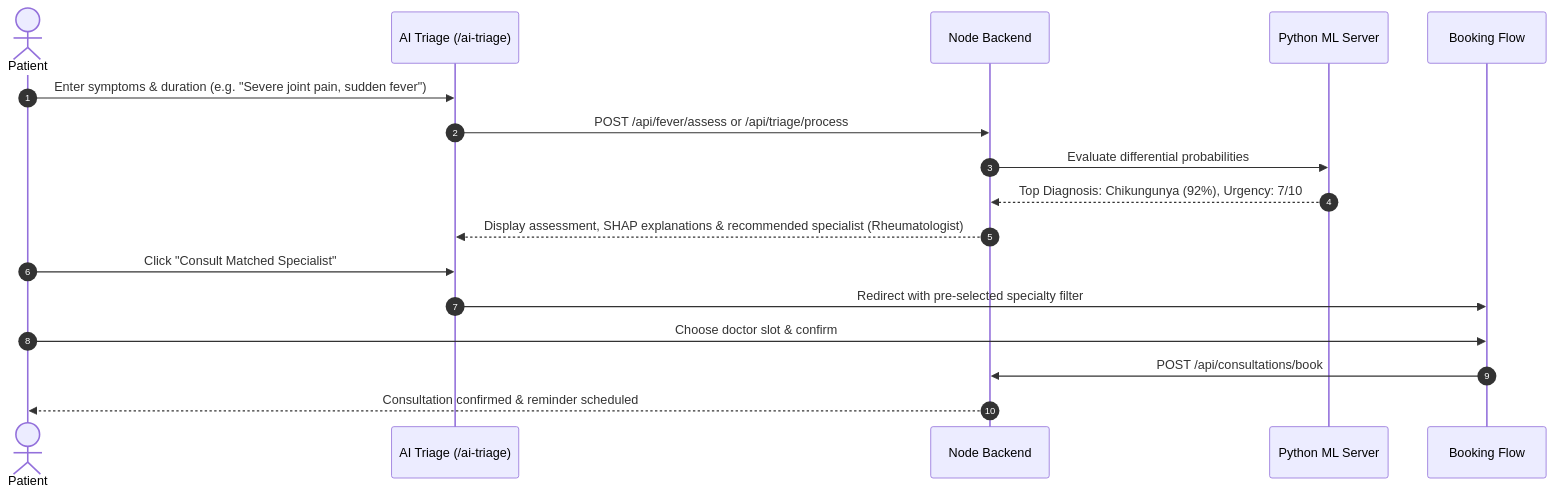
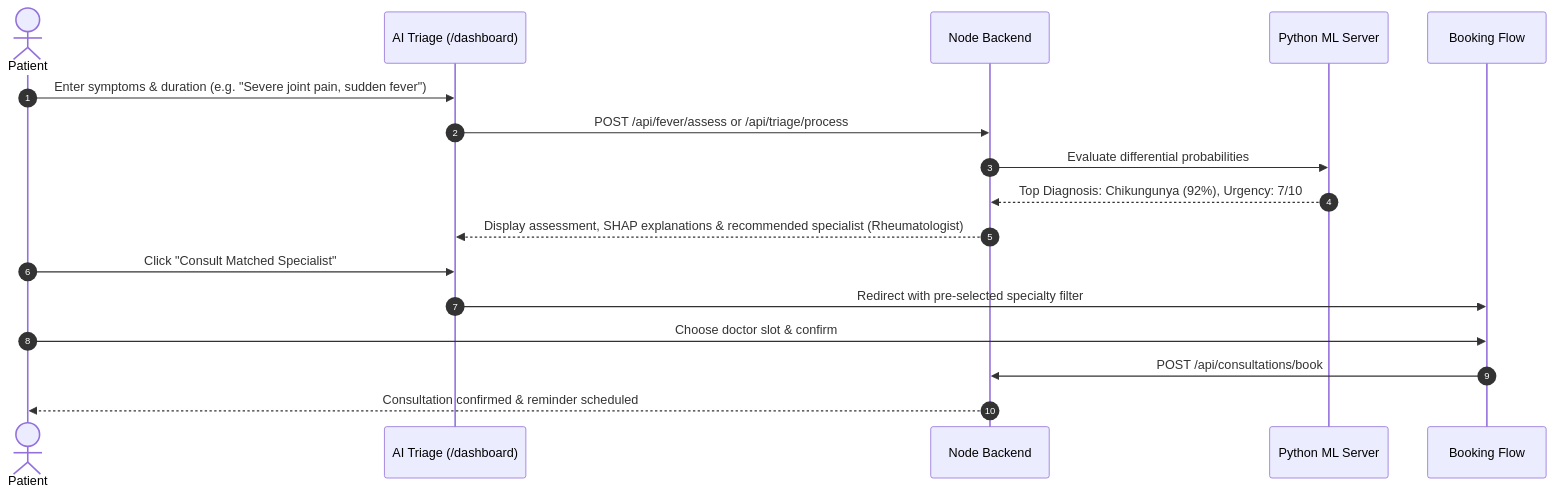
The sixth of 7 diagrams in project_context.md (aayush45123/E-sanjeevani-2.0), drawn with Mermaid before and after one commit. The commit also changed other lines of this file and 3 other files, not shown here.

````diff
--- a/project_context.md
+++ b/project_context.md
@@ -615,20 +625,20 @@
 ```mermaid
 sequenceDiagram
     autonumber
     actor Patient
-    participant TriageUI as AI Triage (/ai-triage)
+    participant TriageUI as AI Triage (/dashboard)
     participant NodeAPI as Node Backend
     participant MLServer as Python ML Server
     participant BookingUI as Booking Flow
 
     Patient->>TriageUI: Enter symptoms & duration (e.g. "Severe joint pain, sudden fever")
     TriageUI->>NodeAPI: POST /api/fever/assess or /api/triage/process
     NodeAPI->>MLServer: Evaluate differential probabilities
     MLServer-->>NodeAPI: Top Diagnosis: Chikungunya (92%), Urgency: 7/10
     NodeAPI-->>TriageUI: Display assessment, SHAP explanations & recommended specialist (Rheumatologist)
     Patient->>TriageUI: Click "Consult Matched Specialist"
     TriageUI->>BookingUI: Redirect with pre-selected specialty filter
     Patient->>BookingUI: Choose doctor slot & confirm
     BookingUI->>NodeAPI: POST /api/consultations/book
     NodeAPI-->>Patient: Consultation confirmed & reminder scheduled
 ```
````
